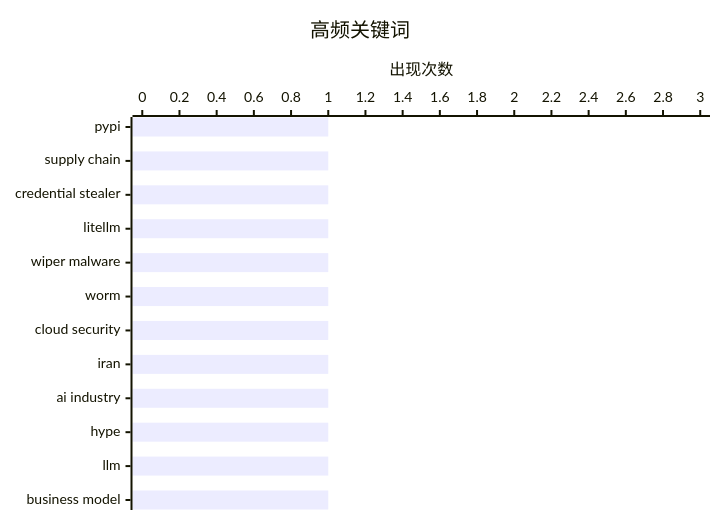
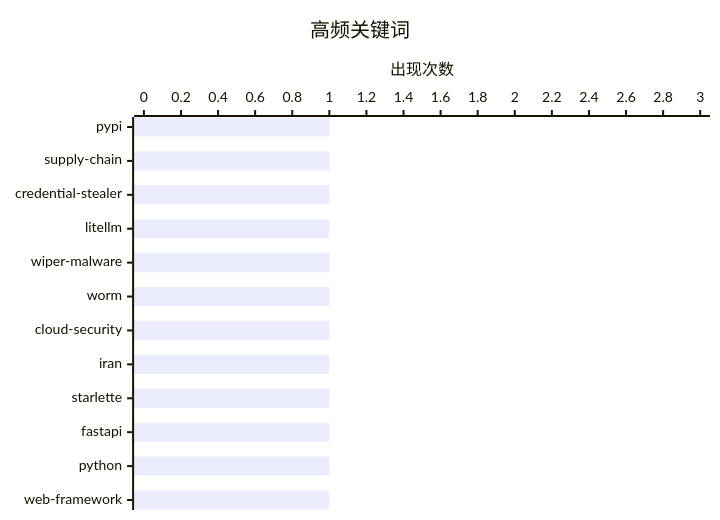
One commit to originem0/SZBlog changed the second of 2 diagrams in content/ai-daily/2026-03-24.md. Above: the diagram before and after it, drawn with Mermaid. The commit also changed other lines of this file, not shown here.

````diff
--- a/content/ai-daily/2026-03-24.md
+++ b/content/ai-daily/2026-03-24.md
@@ -68,7 +68,7 @@
 ```mermaid
 xychart-beta horizontal
     title "高频关键词"
-    x-axis ["pypi", "supply chain", "credential stealer", "litellm", "wiper malware", "worm", "cloud security", "iran", "ai industry", "hype", "llm", "business model"]
+    x-axis ["pypi", "supply-chain", "credential-stealer", "litellm", "wiper-malware", "worm", "cloud-security", "iran", "starlette", "fastapi", "python", "web-framework"]
     y-axis "出现次数" 0 --> 3
     bar [1, 1, 1, 1, 1, 1, 1, 1, 1, 1, 1, 1]
 ```
````
